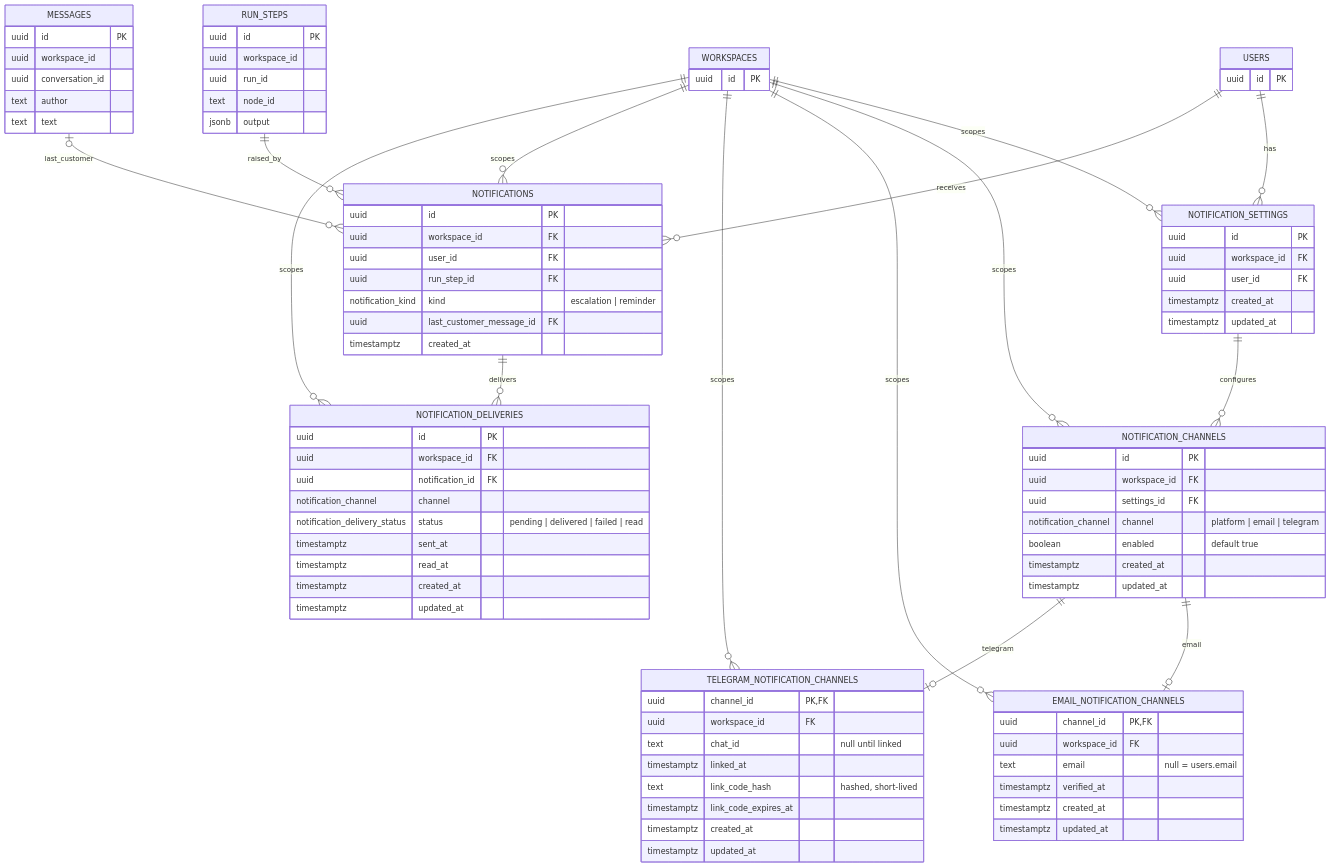
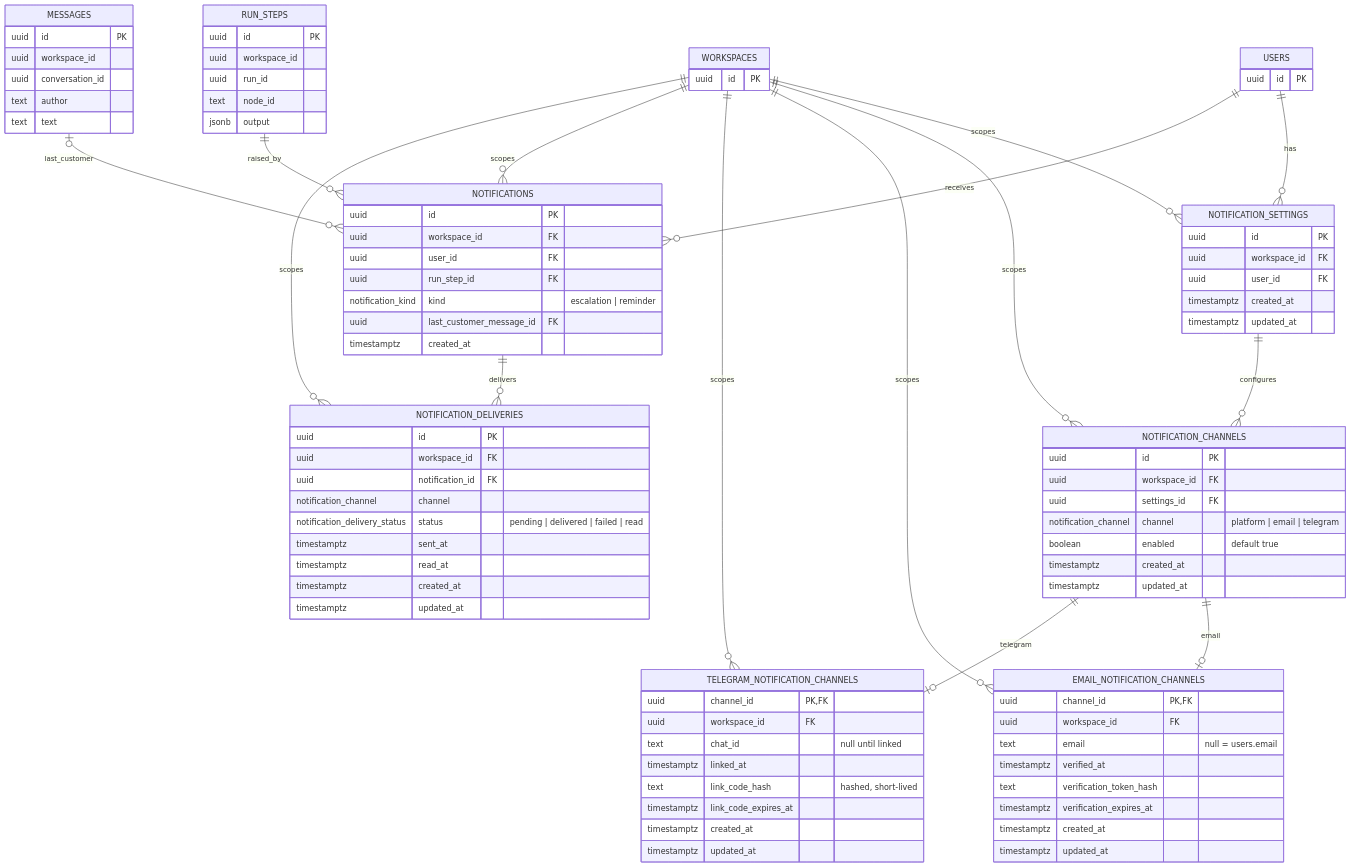
The diagram in docs/design/notifications.md (pavlo-petrychenko/agent-ic), drawn with Mermaid before and after one commit. The commit also changed other lines of this file and 65 other files, not shown here.

```diff
--- a/docs/design/notifications.md
+++ b/docs/design/notifications.md
@@ -115,6 +119,8 @@
     uuid workspace_id FK
     text email "null = users.email"
     timestamptz verified_at
+    text verification_token_hash
+    timestamptz verification_expires_at
     timestamptz created_at
     timestamptz updated_at
   }
```
